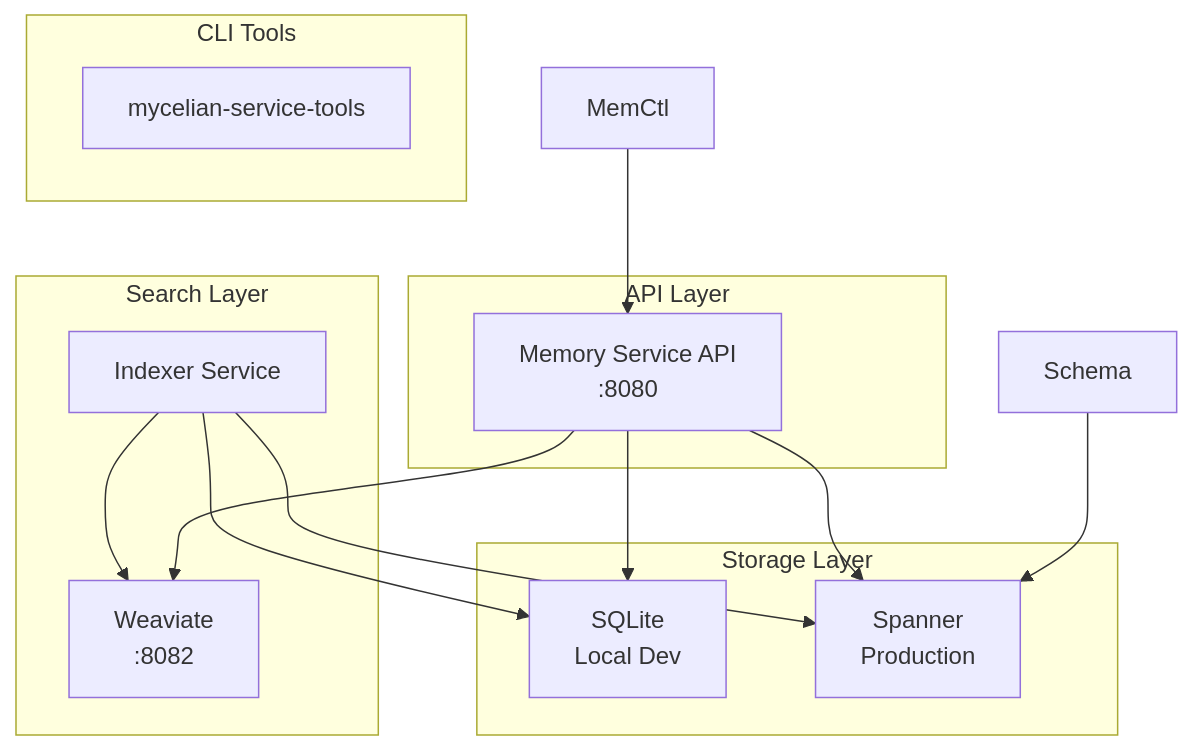
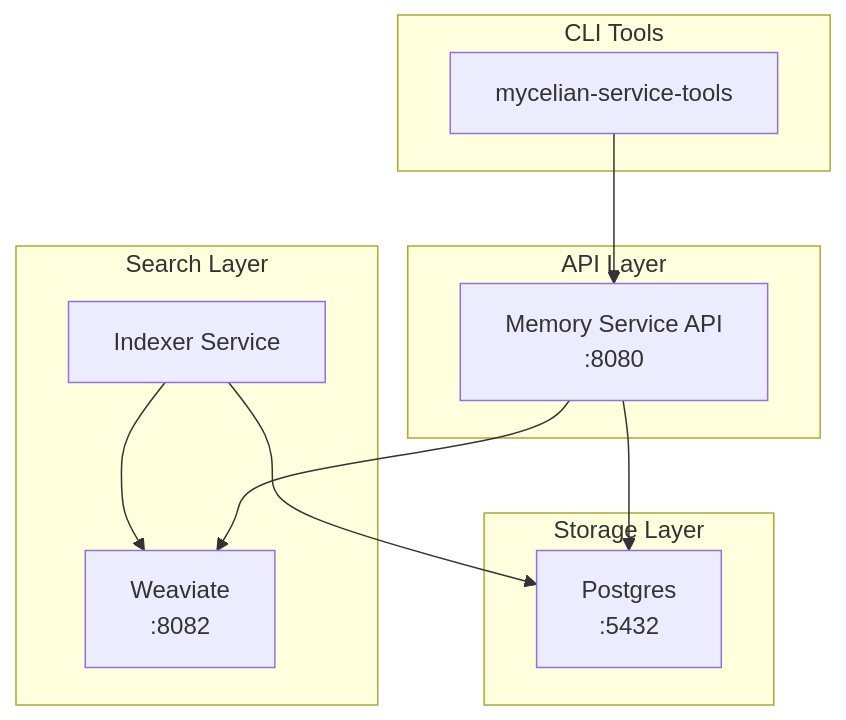
Before and after one commit to mycelian-ai/mycelian-memory: the diagram in DEVELOPER.md, drawn with Mermaid. The commit also changed other lines of this file and 118 other files, not shown here.

Commit message:
Removed spanner and sqlite references (#17)

````diff
--- a/DEVELOPER.md
+++ b/DEVELOPER.md
@@ -76,31 +76,26 @@
 ```mermaid
 graph TB
     subgraph "API Layer"
         API[Memory Service API<br/>:8080]
     end
     
     subgraph "Storage Layer"
-        SQLite[SQLite<br/>Local Dev]
-        Spanner[Spanner<br/>Production]
+        Postgres[Postgres<br/>:5432]
     end
     
     subgraph "Search Layer"
         Weaviate[Weaviate<br/>:8082]
         Indexer[Indexer Service]
     end
     
     subgraph "CLI Tools"
         ServiceTools[mycelian-service-tools]
-        ServiceTools[mycelian-service-tools]
     end
     
-    API --> SQLite
-    API --> Spanner
-    Indexer --> SQLite
-    Indexer --> Spanner
+    API --> Postgres
+    Indexer --> Postgres
     Indexer --> Weaviate
     API --> Weaviate
     
-    MemCtl --> API
-    Schema --> Spanner
+    ServiceTools --> API
 ```
````
